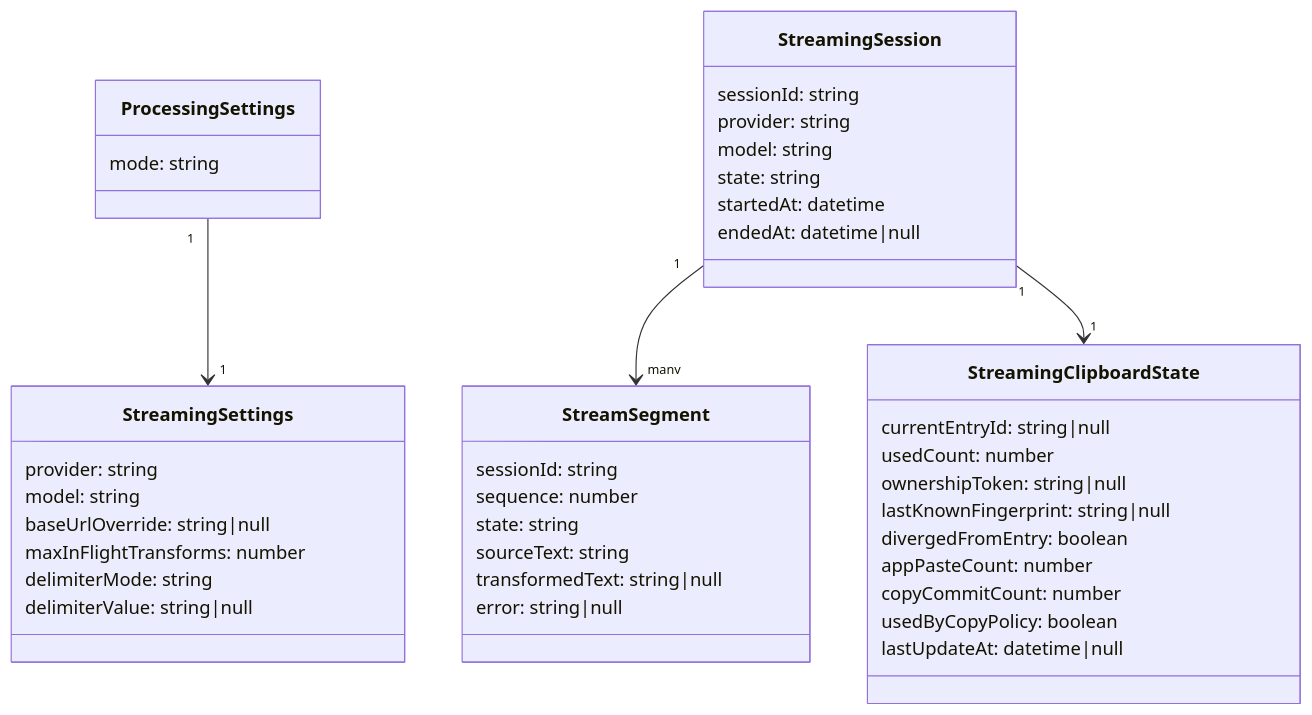
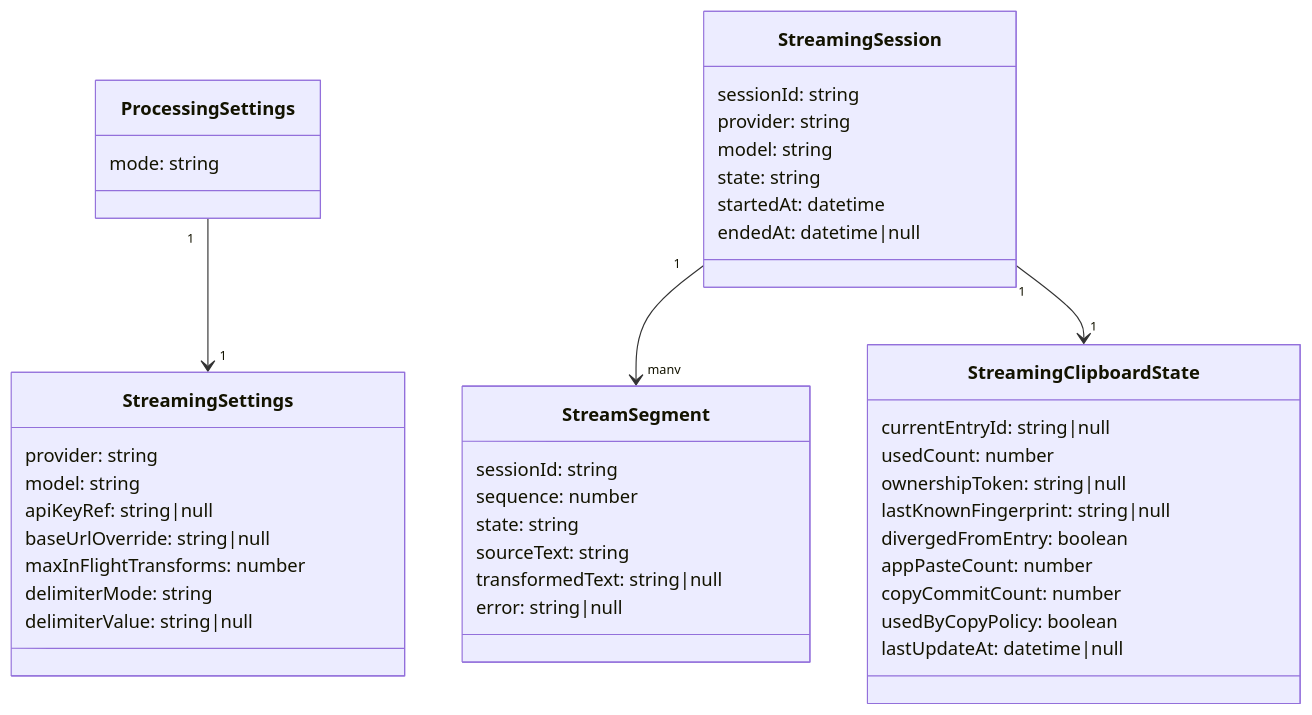
One commit to massun-onibakuchi/speech-to-text-app changed the sixth of 8 diagrams in specs/v1-spec.md. Above: the diagram before and after it, drawn with Mermaid. The commit also changed other lines of this file, not shown here.

Commit message:
docs: resolve streaming schema review findings

````diff
--- a/specs/v1-spec.md
+++ b/specs/v1-spec.md
@@ -683,49 +694,50 @@
 ```mermaid
 classDiagram
   class ProcessingSettings {
     mode: string
   }
 
   class StreamingSession {
     sessionId: string
     provider: string
     model: string
     state: string
     startedAt: datetime
     endedAt: datetime|null
   }
 
   class StreamSegment {
     sessionId: string
     sequence: number
     state: string
     sourceText: string
     transformedText: string|null
     error: string|null
   }
 
   class StreamingSettings {
     provider: string
     model: string
+    apiKeyRef: string|null
     baseUrlOverride: string|null
     maxInFlightTransforms: number
     delimiterMode: string
     delimiterValue: string|null
   }
 
   class StreamingClipboardState {
     currentEntryId: string|null
     usedCount: number
     ownershipToken: string|null
     lastKnownFingerprint: string|null
     divergedFromEntry: boolean
     appPasteCount: number
     copyCommitCount: number
     usedByCopyPolicy: boolean
     lastUpdateAt: datetime|null
   }
 
   StreamingSession "1" --> "many" StreamSegment
   StreamingSession "1" --> "1" StreamingClipboardState
   ProcessingSettings "1" --> "1" StreamingSettings
 ```
````
